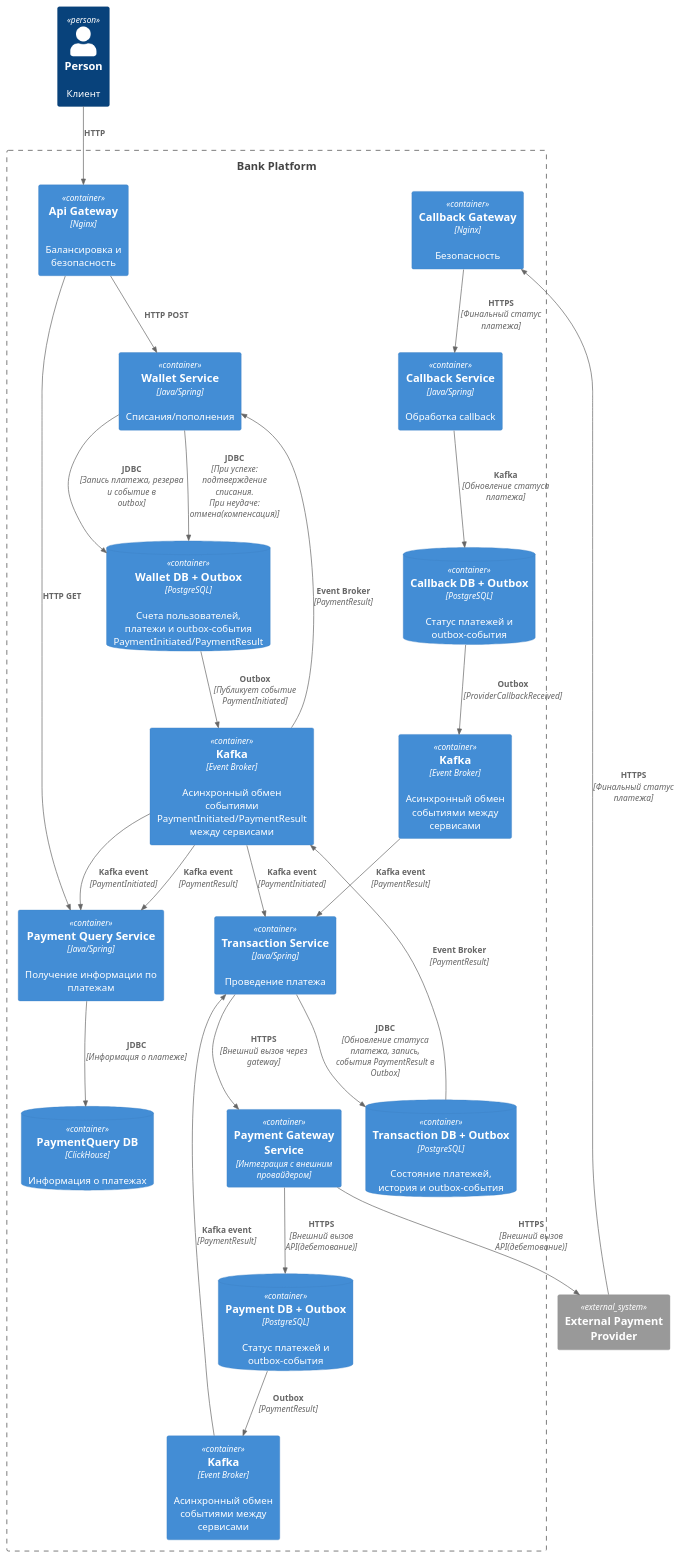
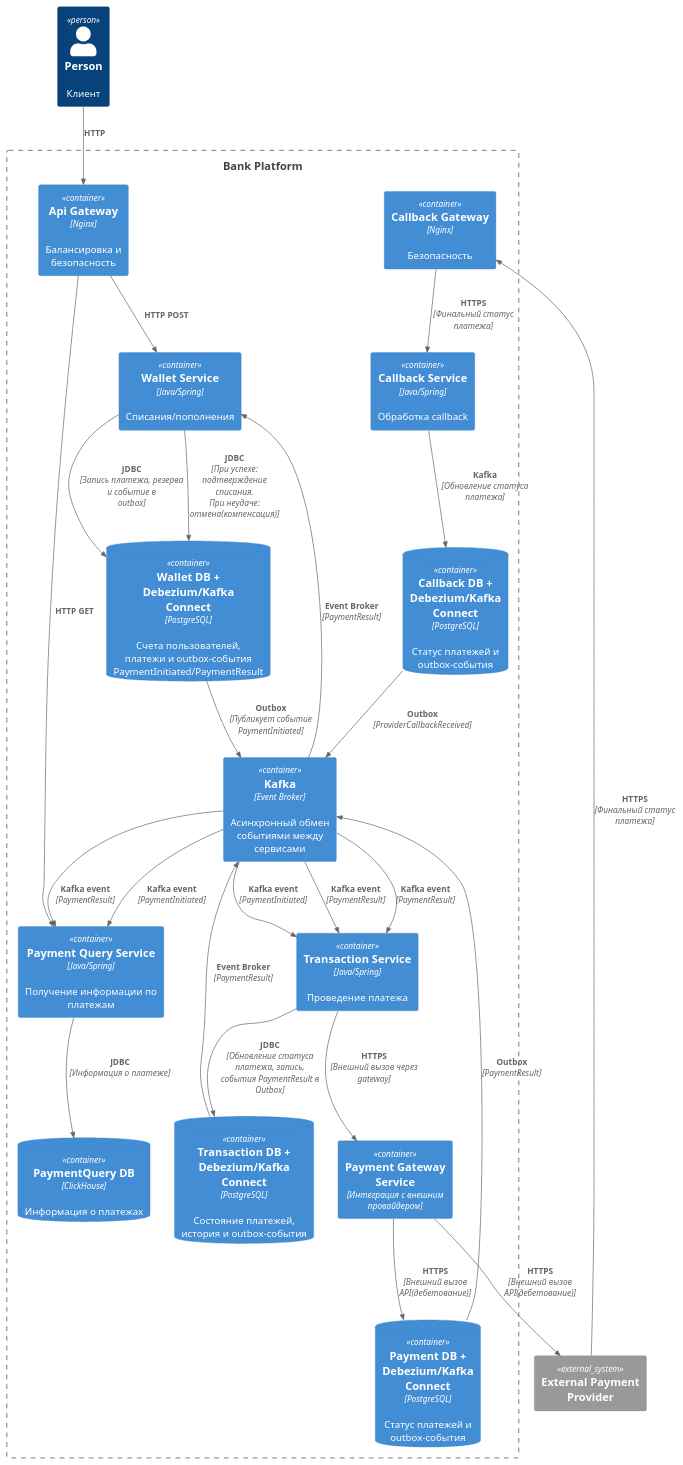
The diagram in project/C4/BankPlatform_Outbox_C2.puml (vaneks/System-design), drawn with PlantUML before and after one commit. The commit also changed 17 other files, not shown here.

```diff
--- a/project/C4/BankPlatform_Outbox_C2.puml
+++ b/project/C4/BankPlatform_Outbox_C2.puml
@@ -1,53 +1,51 @@
 @startuml
 !include https://raw.githubusercontent.com/plantuml-stdlib/C4-PlantUML/master/C4_Container.puml
 
 Person(person, "Person", "Клиент")
 
 Boundary(internal, "Bank Platform") {
   Container(apiGw, "Api Gateway", "Nginx", "Балансировка и безопасность")
   Container(wallet, "Wallet Service", "Java/Spring", "Списания/пополнения")
   Container(transaction, "Transaction Service", "Java/Spring", "Проведение платежа")
   Container(payment, "Payment Gateway Service", "Интеграция с внешним провайдером")
   Container(callback, "Callback Service", "Java/Spring", "Обработка callback")
   Container(callbackGw, "Callback Gateway", "Nginx", "Безопасность")
   Container(paymentQuery, "Payment Query Service", "Java/Spring", "Получение информации по платежам")
 
-  ContainerDb(walletDb, "Wallet DB + Outbox", "PostgreSQL", "Счета пользователей, платежи и outbox-события PaymentInitiated/PaymentResult")
-  ContainerDb(transactionDb, "Transaction DB + Outbox", "PostgreSQL", "Состояние платежей, история и outbox-события")
-  ContainerDb(callbackDb, "Callback DB + Outbox", "PostgreSQL", "Статус платежей и outbox-события")
-  ContainerDb(paymentDb, "Payment DB + Outbox", "PostgreSQL", "Статус платежей и outbox-события")
+  ContainerDb(walletDb, "Wallet DB + Debezium/Kafka Connect", "PostgreSQL", "Счета пользователей, платежи и outbox-события PaymentInitiated/PaymentResult")
+  ContainerDb(transactionDb, "Transaction DB + Debezium/Kafka Connect", "PostgreSQL", "Состояние платежей, история и outbox-события")
+  ContainerDb(callbackDb, "Callback DB + Debezium/Kafka Connect", "PostgreSQL", "Статус платежей и outbox-события")
+  ContainerDb(paymentDb, "Payment DB + Debezium/Kafka Connect", "PostgreSQL", "Статус платежей и outbox-события")
   ContainerDb(paymentQueryDb, "PaymentQuery DB", "ClickHouse", "Информация о платежах")
 
-  Container(kafkaWallet, "Kafka", "Event Broker", "Асинхронный обмен событиями PaymentInitiated/PaymentResult между сервисами")
-  Container(kafkaCallback, "Kafka", "Event Broker", "Асинхронный обмен событиями между сервисами")
-  Container(kafkaPayment, "Kafka", "Event Broker", "Асинхронный обмен событиями между сервисами")
+  Container(kafka, "Kafka", "Event Broker", "Асинхронный обмен событиями между сервисами")
 }
 
 
 System_Ext(extPayment, "External Payment Provider")
 
 Rel(person, apiGw, "HTTP")
 Rel(apiGw, wallet, "HTTP POST")
 Rel(apiGw, paymentQuery, "HTTP GET")
 Rel(wallet, walletDb, "JDBC", "Запись платежа, резерва и событие в outbox")
 Rel(wallet, walletDb, "JDBC", "При успехе: подтверждение списания. При неудаче: отмена(компенсация)")
-Rel(walletDb, kafkaWallet, "Outbox", "Публикует событие PaymentInitiated")
-Rel(kafkaWallet, transaction, "Kafka event", "PaymentInitiated")
-Rel(kafkaWallet, wallet, "Event Broker", "PaymentResult")
+Rel(walletDb, kafka, "Outbox", "Публикует событие PaymentInitiated")
+Rel(kafka, transaction, "Kafka event", "PaymentInitiated")
+Rel(kafka, wallet, "Event Broker", "PaymentResult")
 Rel(transaction, payment, "HTTPS", "Внешний вызов через gateway")
 Rel(payment, extPayment, "HTTPS", "Внешний вызов API(дебетование)")
 Rel(payment, paymentDb, "HTTPS", "Внешний вызов API(дебетование)")
-Rel(paymentDb, kafkaPayment, "Outbox", "PaymentResult")
-Rel(kafkaPayment, transaction, "Kafka event", "PaymentResult")
+Rel(paymentDb, kafka, "Outbox", "PaymentResult")
+Rel(kafka, transaction, "Kafka event", "PaymentResult")
 Rel(extPayment, callbackGw, "HTTPS", "Финальный статус платежа")
 Rel(callbackGw, callback, "HTTPS", "Финальный статус платежа")
-Rel(kafkaCallback, transaction, "Kafka event", "PaymentResult")
-Rel(kafkaWallet, paymentQuery, "Kafka event", "PaymentInitiated")
-Rel(kafkaWallet, paymentQuery, "Kafka event", "PaymentResult")
+Rel(kafka, transaction, "Kafka event", "PaymentResult")
+Rel(kafka, paymentQuery, "Kafka event", "PaymentInitiated")
+Rel(kafka, paymentQuery, "Kafka event", "PaymentResult")
 Rel(callback, callbackDb, "Kafka", "Обновление статуса платежа")
-Rel(callbackDb, kafkaCallback, "Outbox", "ProviderCallbackReceived")
+Rel(callbackDb, kafka, "Outbox", "ProviderCallbackReceived")
 Rel(paymentQuery, paymentQueryDb, "JDBC", "Информация о платеже")
 Rel(transaction, transactionDb, "JDBC", "Обновление статуса платежа, запись, события PaymentResult в Outbox")
-Rel(transactionDb, kafkaWallet, "Event Broker", "PaymentResult")
+Rel(transactionDb, kafka, "Event Broker", "PaymentResult")
 
 @enduml
```
